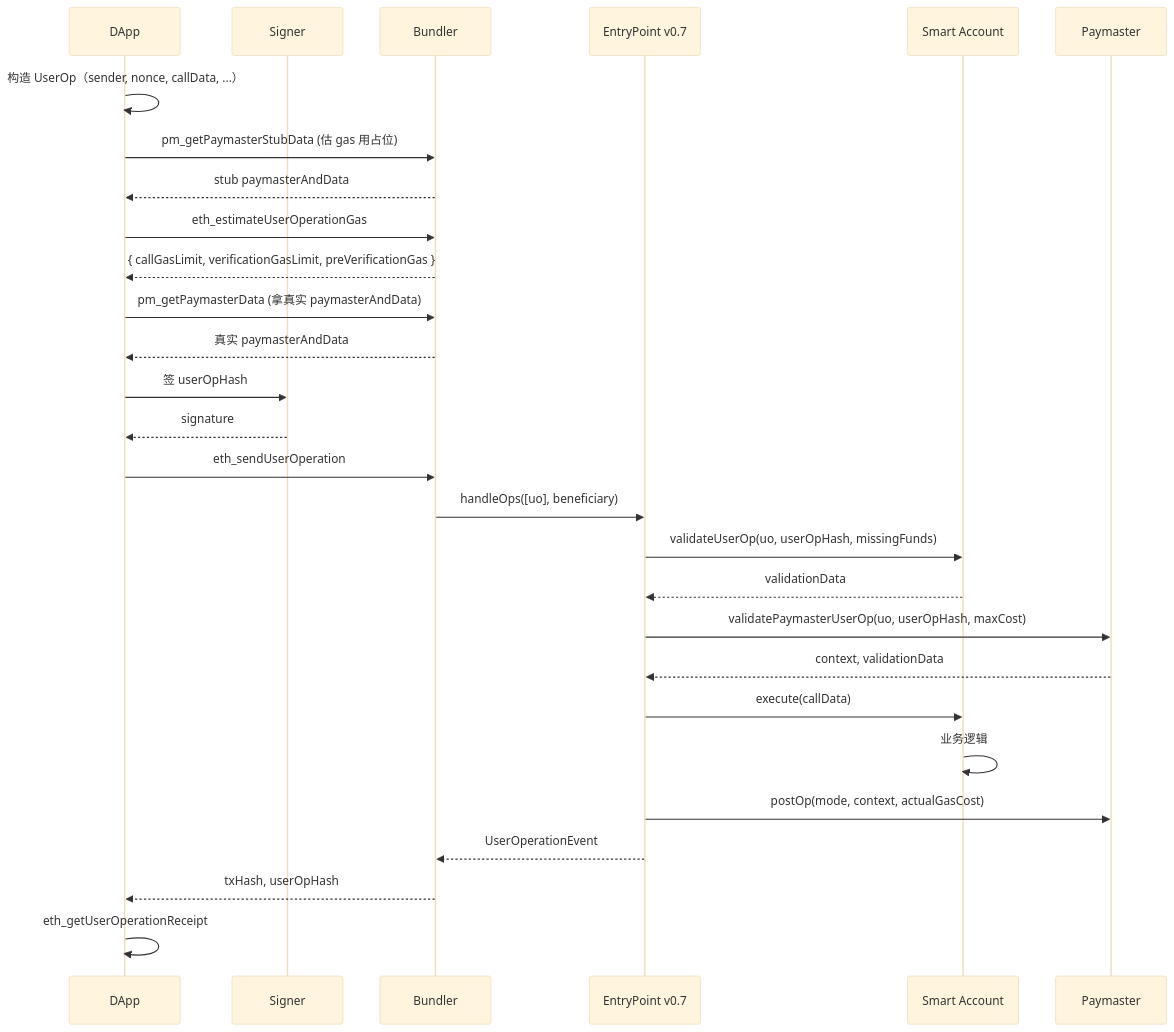
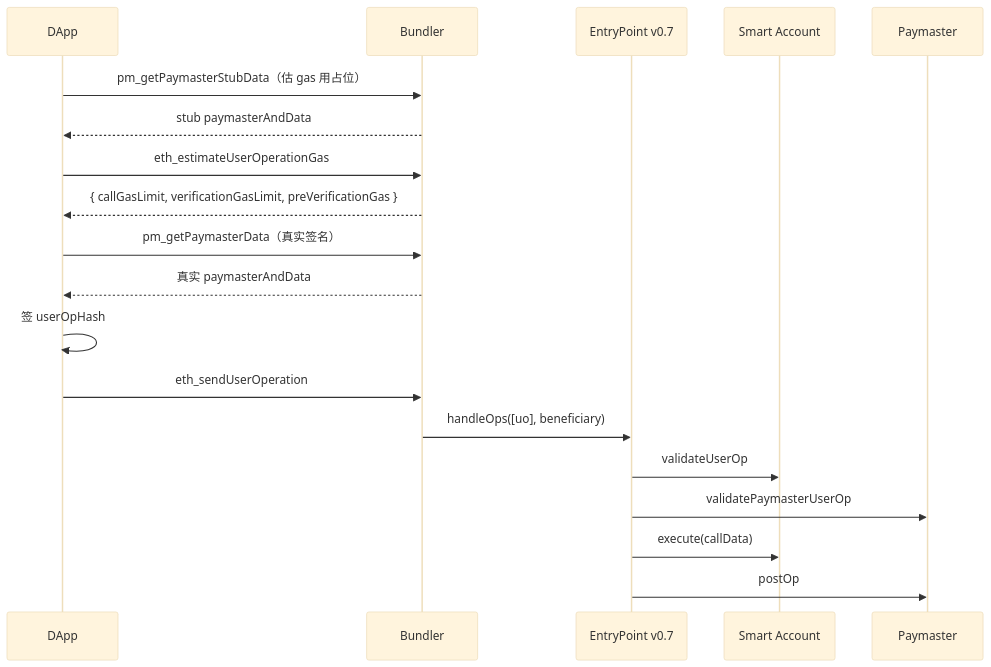
The fourth of 5 diagrams in web3-engineer-guide/10-前端与账户抽象/README.md (ChuwuYo/misc-files), drawn with Mermaid (base theme) before and after one commit. The commit also changed other lines of this file and 211 other files, not shown here.

````diff
--- a/web3-engineer-guide/10-前端与账户抽象/README.md
+++ b/web3-engineer-guide/10-前端与账户抽象/README.md
@@ -1125,31 +1156,22 @@
 ```mermaid
 sequenceDiagram
   participant App as DApp
-  participant SA as Signer
   participant B as Bundler
   participant EP as EntryPoint v0.7
-  participant Acc as Smart Account
+  participant SA as Smart Account
   participant PM as Paymaster
 
-  App->>App: 构造 UserOp（sender, nonce, callData, ...）
-  App->>B: pm_getPaymasterStubData (估 gas 用占位)
+  App->>B: pm_getPaymasterStubData（估 gas 用占位）
   B-->>App: stub paymasterAndData
   App->>B: eth_estimateUserOperationGas
   B-->>App: { callGasLimit, verificationGasLimit, preVerificationGas }
-  App->>B: pm_getPaymasterData (拿真实 paymasterAndData)
+  App->>B: pm_getPaymasterData（真实签名）
   B-->>App: 真实 paymasterAndData
-  App->>SA: 签 userOpHash
-  SA-->>App: signature
+  App->>App: 签 userOpHash
   App->>B: eth_sendUserOperation
   B->>EP: handleOps([uo], beneficiary)
-  EP->>Acc: validateUserOp(uo, userOpHash, missingFunds)
-  Acc-->>EP: validationData
-  EP->>PM: validatePaymasterUserOp(uo, userOpHash, maxCost)
-  PM-->>EP: context, validationData
-  EP->>Acc: execute(callData)
-  Acc->>Acc: 业务逻辑
-  EP->>PM: postOp(mode, context, actualGasCost)
-  EP-->>B: UserOperationEvent
-  B-->>App: txHash, userOpHash
-  App->>App: eth_getUserOperationReceipt
+  EP->>SA: validateUserOp
+  EP->>PM: validatePaymasterUserOp
+  EP->>SA: execute(callData)
+  EP->>PM: postOp
 ```
````
